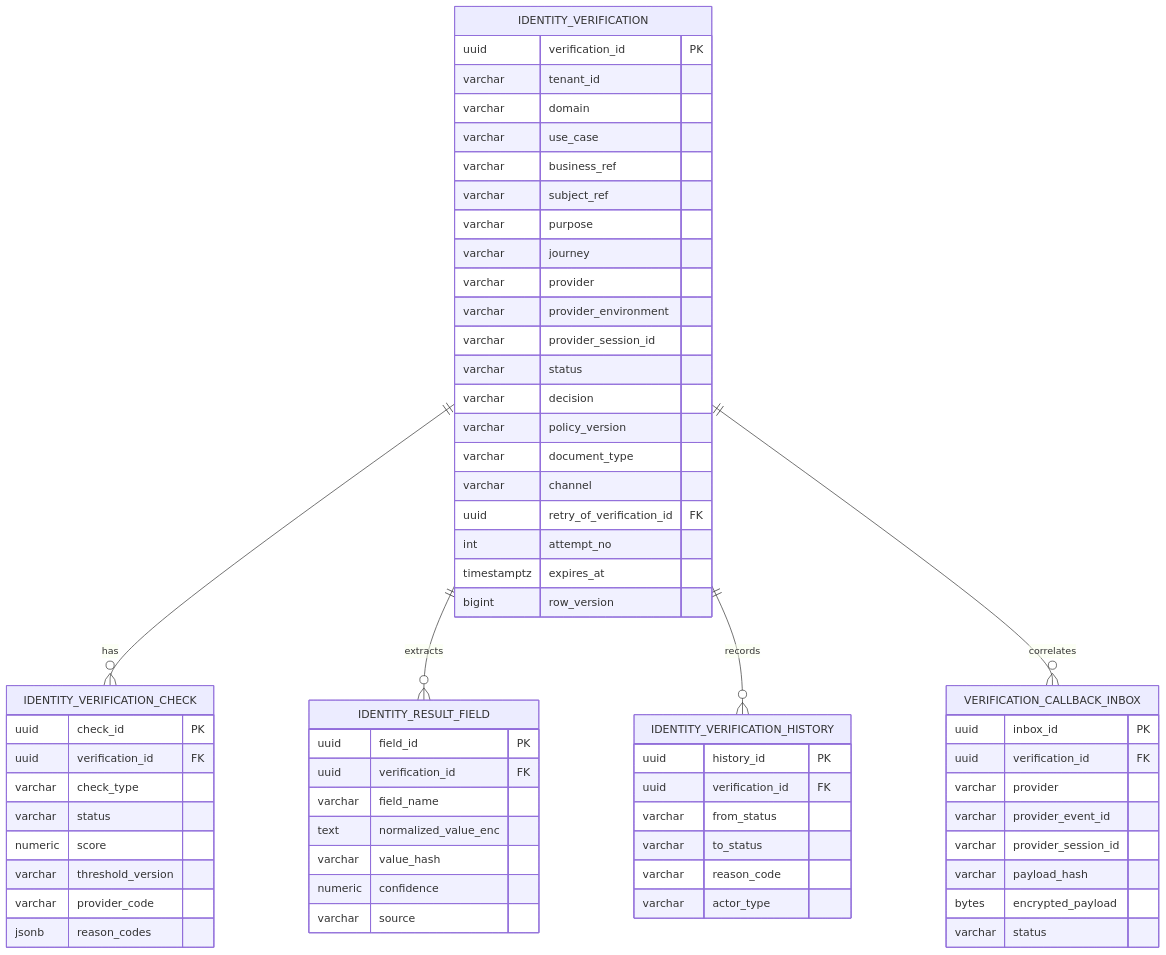
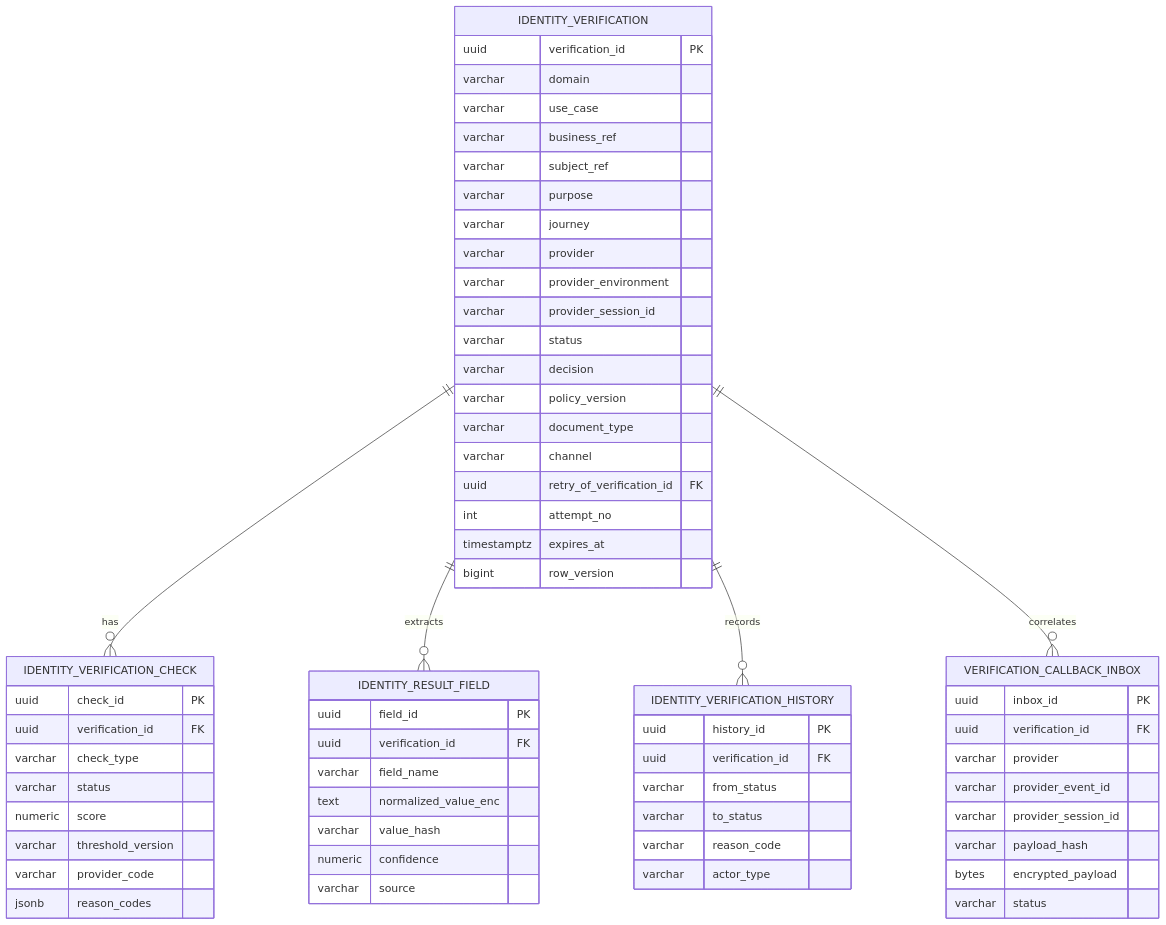
One commit to huynv-xyz/vhm changed the eighth of 23 diagrams in README.md. Above: the diagram before and after it, drawn with Mermaid. The commit also changed other lines of this file, not shown here.

````diff
--- a/README.md
+++ b/README.md
@@ -819,66 +899,65 @@
 ```mermaid
 erDiagram
     IDENTITY_VERIFICATION {
         uuid verification_id PK
-        varchar tenant_id
         varchar domain
         varchar use_case
         varchar business_ref
         varchar subject_ref
         varchar purpose
         varchar journey
         varchar provider
         varchar provider_environment
         varchar provider_session_id
         varchar status
         varchar decision
         varchar policy_version
         varchar document_type
         varchar channel
         uuid retry_of_verification_id FK
         int attempt_no
         timestamptz expires_at
         bigint row_version
     }
     IDENTITY_VERIFICATION_CHECK {
         uuid check_id PK
         uuid verification_id FK
         varchar check_type
         varchar status
         numeric score
         varchar threshold_version
         varchar provider_code
         jsonb reason_codes
     }
     IDENTITY_RESULT_FIELD {
         uuid field_id PK
         uuid verification_id FK
         varchar field_name
         text normalized_value_enc
         varchar value_hash
         numeric confidence
         varchar source
     }
     VERIFICATION_CALLBACK_INBOX {
         uuid inbox_id PK
         uuid verification_id FK
         varchar provider
         varchar provider_event_id
         varchar provider_session_id
         varchar payload_hash
         bytes encrypted_payload
         varchar status
     }
     IDENTITY_VERIFICATION_HISTORY {
         uuid history_id PK
         uuid verification_id FK
         varchar from_status
         varchar to_status
         varchar reason_code
         varchar actor_type
     }
     IDENTITY_VERIFICATION ||--o{ IDENTITY_VERIFICATION_CHECK : has
     IDENTITY_VERIFICATION ||--o{ IDENTITY_RESULT_FIELD : extracts
     IDENTITY_VERIFICATION ||--o{ IDENTITY_VERIFICATION_HISTORY : records
     IDENTITY_VERIFICATION ||--o{ VERIFICATION_CALLBACK_INBOX : correlates
 ```
````
